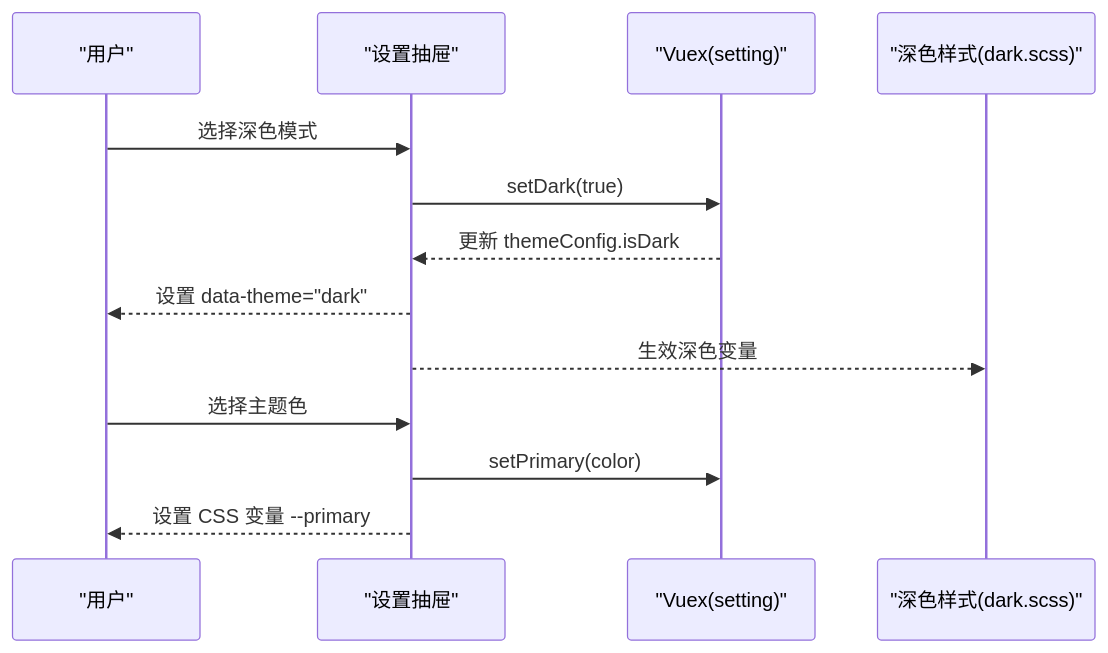
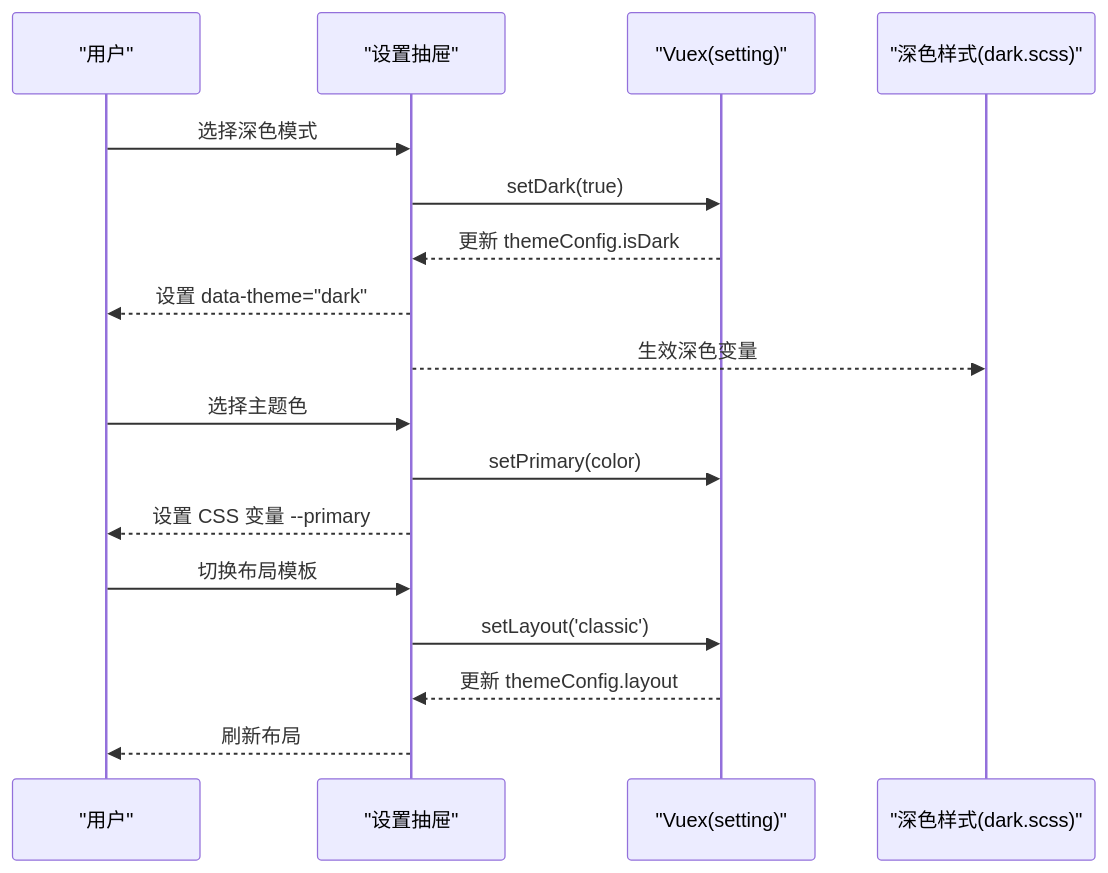
Before and after one commit to Neveryu/vue-cms: the eighth of 9 diagrams in .qoder/repowiki/zh/content/组件系统/布局组件.md, drawn with Mermaid. The commit also changed other lines of this file and 8 other files, not shown here.

````diff
--- a/.qoder/repowiki/zh/content/组件系统/布局组件.md
+++ b/.qoder/repowiki/zh/content/组件系统/布局组件.md
@@ -286,15 +371,19 @@
 ```mermaid
 sequenceDiagram
 participant U as "用户"
 participant E as "设置抽屉"
 participant V as "Vuex(setting)"
 participant D as "深色样式(dark.scss)"
 U->>E : 选择深色模式
 E->>V : setDark(true)
 V-->>E : 更新 themeConfig.isDark
 E-->>U : 设置 data-theme="dark"
 E-->>D : 生效深色变量
 U->>E : 选择主题色
 E->>V : setPrimary(color)
 E-->>U : 设置 CSS 变量 --primary
+U->>E : 切换布局模板
+E->>V : setLayout('classic')
+V-->>E : 更新 themeConfig.layout
+E-->>U : 刷新布局
 ```
````
